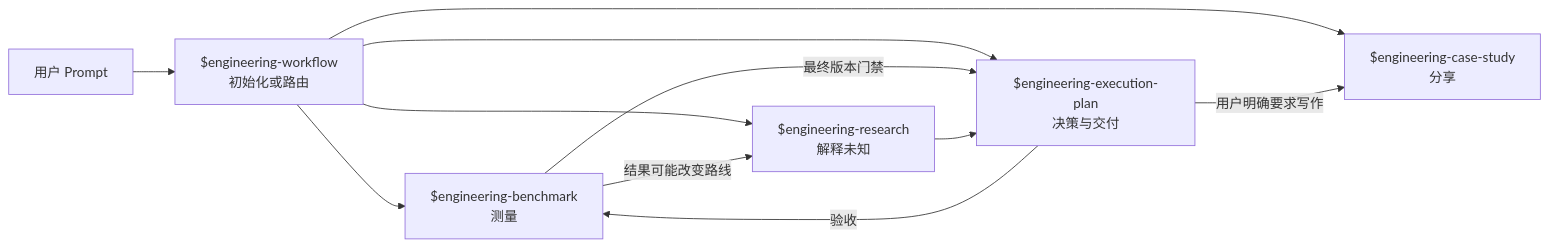
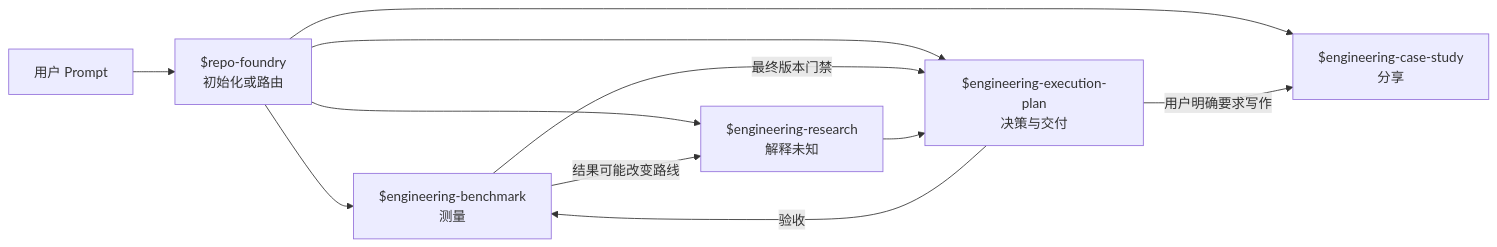
The first of 3 diagrams in examples/README.zh-CN.md (XiaoWeiKIN/RepoFoundryAI), drawn with Mermaid before and after one commit. The commit also changed other lines of this file and 52 other files, not shown here.

````diff
--- a/examples/README.zh-CN.md
+++ b/examples/README.zh-CN.md
@@ -10,13 +10,13 @@
 ```mermaid
 flowchart LR
-    U["用户 Prompt"] --> W["$engineering-workflow<br/>初始化或路由"]
+    U["用户 Prompt"] --> W["$repo-foundry<br/>初始化或路由"]
     W --> B["$engineering-benchmark<br/>测量"]
     W --> R["$engineering-research<br/>解释未知"]
     W --> E["$engineering-execution-plan<br/>决策与交付"]
     W --> C["$engineering-case-study<br/>分享"]
     B -->|"结果可能改变路线"| R
     B -->|"最终版本门禁"| E
     R --> E
     E -->|"验收"| B
     E -->|"用户明确要求写作"| C
 ```
````
